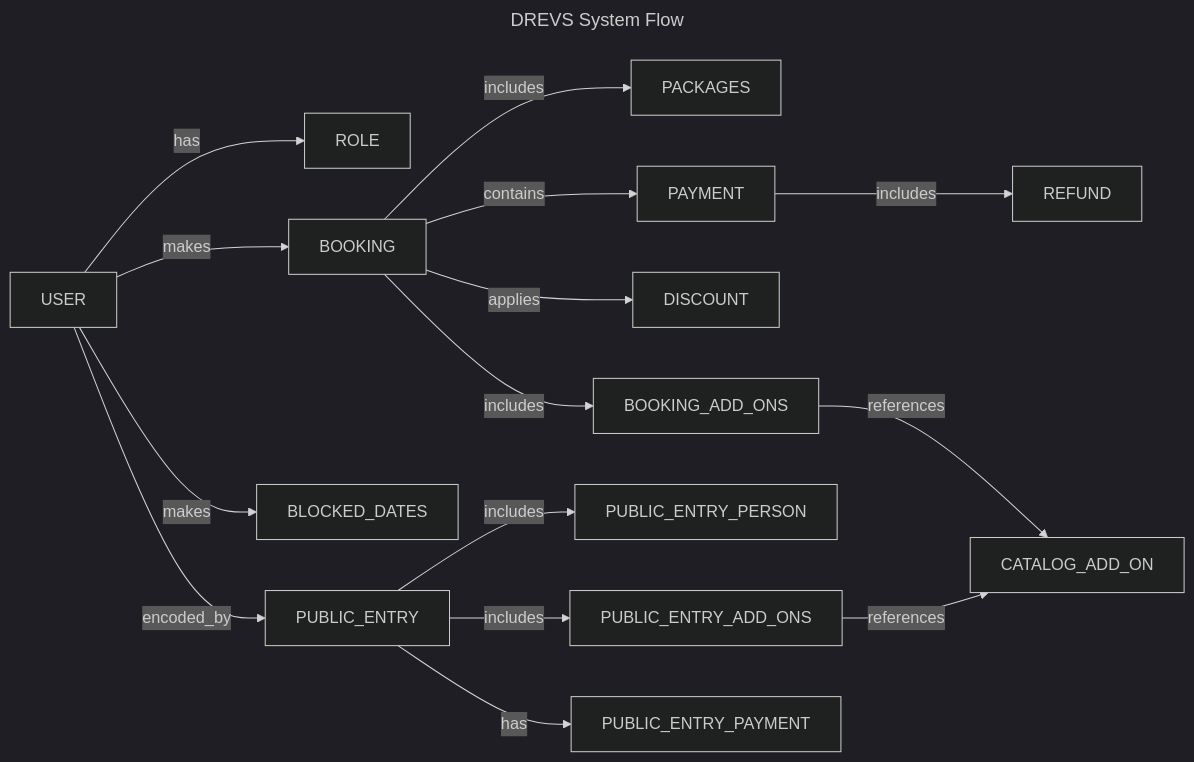
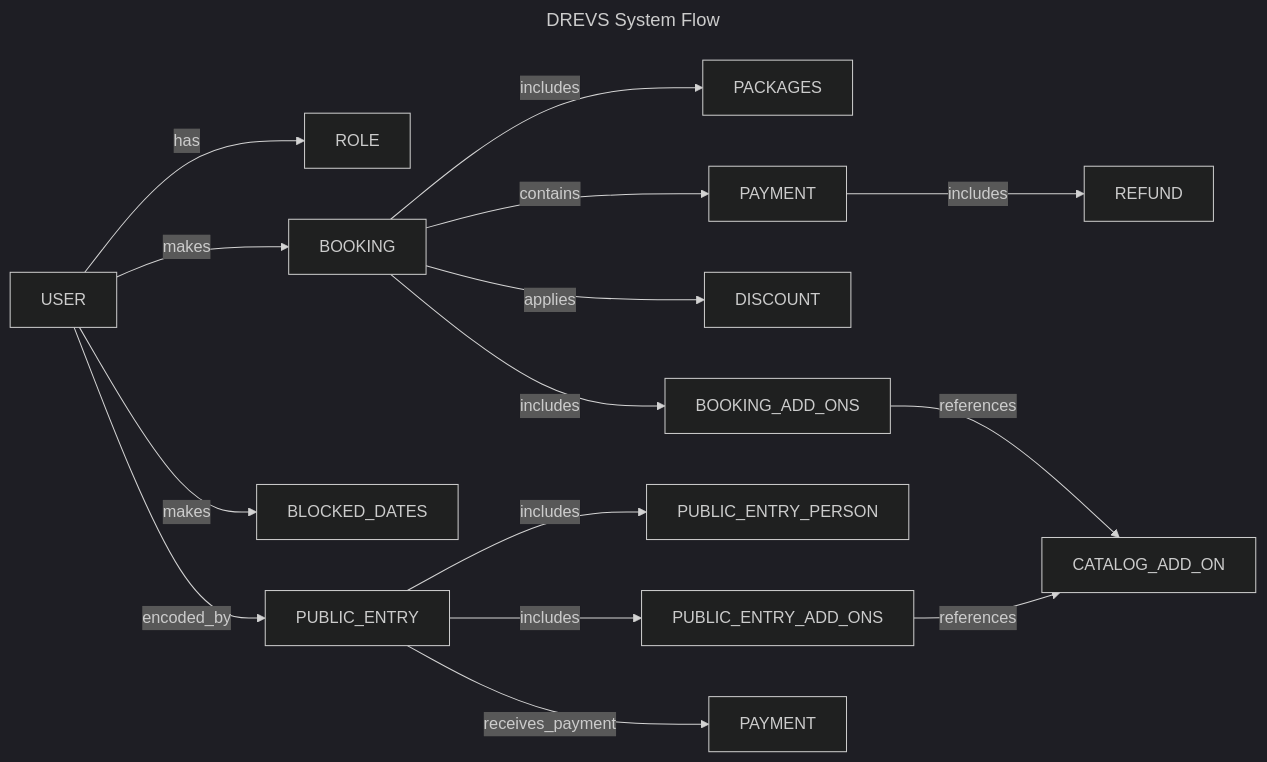
Before and after one commit to porysd/Danayas: the diagram in README.md, drawn with Mermaid (dark theme).

````diff
--- a/README.md
+++ b/README.md
@@ -3,22 +3,22 @@
 ```mermaid
 ---
 title: DREVS System Flow
 ---
 flowchart LR
     A[USER] -->|has| B[ROLE]
     A -->|makes| C[BOOKING]
     A -->|makes| D[BLOCKED_DATES]
     C -->|includes| E[PACKAGES]
     C -->|contains| F[PAYMENT]
     F -->|includes| G[REFUND]
     C -->|applies| H[DISCOUNT]
     C -->|includes| I[BOOKING_ADD_ONS]
     I -->|references| J[CATALOG_ADD_ON]
     A -->|encoded_by| K[PUBLIC_ENTRY]
     K -->|includes| L[PUBLIC_ENTRY_PERSON]
     K -->|includes| M[PUBLIC_ENTRY_ADD_ONS]
     M -->|references| J
-    K -->|has| N[PUBLIC_ENTRY_PAYMENT]
-    
+    K -->|receives_payment| N[PAYMENT]
+
 
 ```
````
